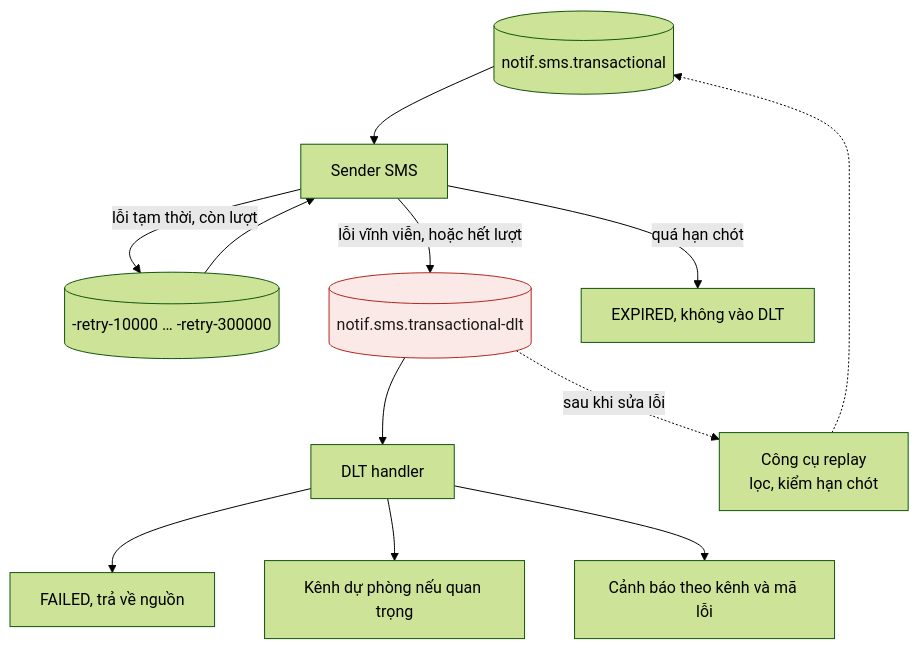
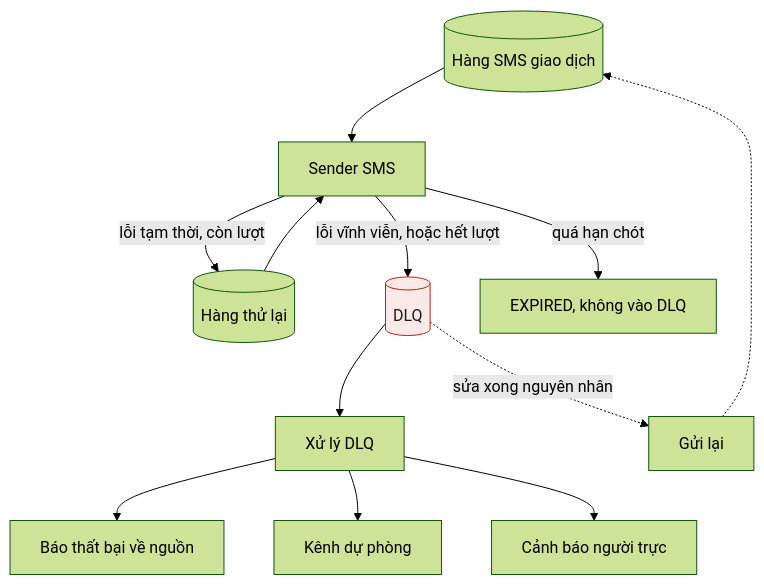
The seventh of 9 diagrams in lessons/0017-notification-hub.md (hainguyen85/kafka-study), drawn with Mermaid (forest theme) before and after one commit. The commit also changed other lines of this file and 11 other files, not shown here.

First line of the commit message:
Bài 11: lời thường, bớt chi tiết kỹ thuật; mô phỏng retry và DLQ

````diff
--- a/lessons/0017-notification-hub.md
+++ b/lessons/0017-notification-hub.md
@@ -313,16 +300,16 @@
 ```mermaid
 flowchart TB
-M[("notif.sms.transactional")] --> S["Sender SMS"]
-S -->|"lỗi tạm thời, còn lượt"| R[("-retry-10000 … -retry-300000")]
+M[("Hàng SMS giao dịch")] --> S["Sender SMS"]
+S -->|"lỗi tạm thời, còn lượt"| R[("Hàng thử lại")]
 R --> S
-S -->|"lỗi vĩnh viễn, hoặc hết lượt"| D[("notif.sms.transactional-dlt")]
-S -->|"quá hạn chót"| EX["EXPIRED, không vào DLT"]
-D --> H["DLT handler"]
-H --> F1["FAILED, trả về nguồn"]
-H --> F2["Kênh dự phòng nếu quan trọng"]
-H --> F3["Cảnh báo theo kênh và mã lỗi"]
-D -.->|"sau khi sửa lỗi"| RP["Công cụ replay<br/>lọc, kiểm hạn chót"]
+S -->|"lỗi vĩnh viễn, hoặc hết lượt"| D[("DLQ")]
+S -->|"quá hạn chót"| EX["EXPIRED, không vào DLQ"]
+D --> H["Xử lý DLQ"]
+H --> F1["Báo thất bại về nguồn"]
+H --> F2["Kênh dự phòng"]
+H --> F3["Cảnh báo người trực"]
+D -.->|"sửa xong nguyên nhân"| RP["Gửi lại"]
 RP -.-> M
 class D warn
 classDef warn fill:#fbe9e7,stroke:#b3261e,color:#1c1b19
 ```
````
